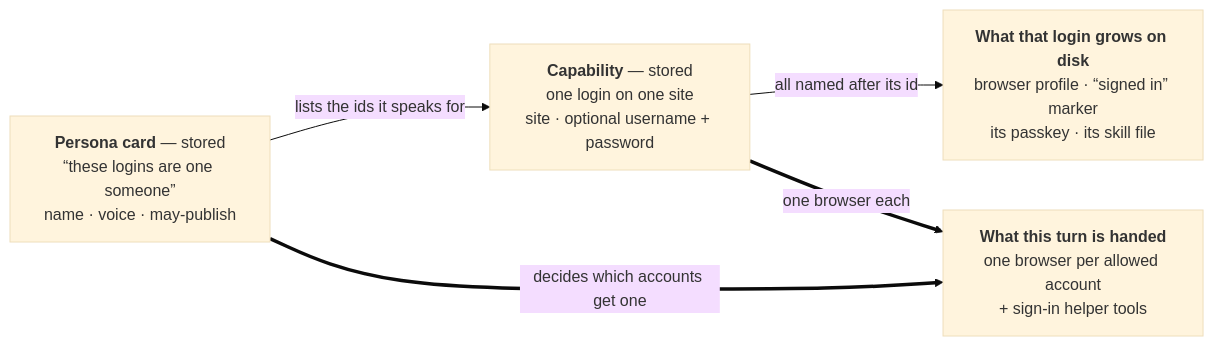
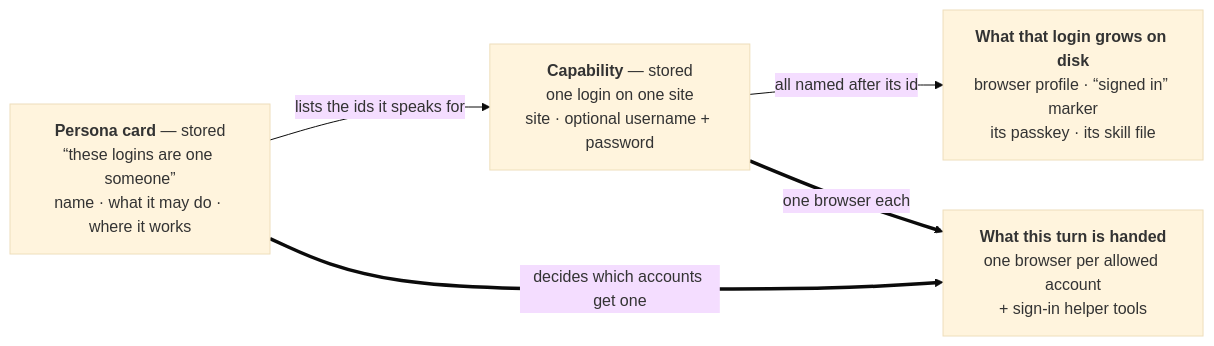
One commit to intentic/intentic changed the first of 2 diagrams in docs/accounts-and-personas.md. Above: the diagram before and after it, drawn with Mermaid (base theme). The commit also changed other lines of this file and 17 other files, not shown here.

````diff
--- a/docs/accounts-and-personas.md
+++ b/docs/accounts-and-personas.md
@@ -40,12 +40,12 @@
 ```mermaid
 flowchart LR
-    persona["<b>Persona card</b> — stored<br/>“these logins are one someone”<br/>name · voice · may-publish"]
+    persona["<b>Persona card</b> — stored<br/>“these logins are one someone”<br/>name · what it may do · where it works"]
     cap["<b>Capability</b> — stored<br/>one login on one site<br/>site · optional username + password"]
     disk["<b>What that login grows on disk</b><br/>browser profile · “signed in” marker<br/>its passkey · its skill file"]
     tools["<b>What this turn is handed</b><br/>one browser per allowed account<br/>+ sign-in helper tools"]
 
     persona -->|"lists the ids it speaks for"| cap
     cap -->|"all named after its id"| disk
     cap ==>|"one browser each"| tools
     persona ==>|"decides which accounts get one"| tools
 ```
````
